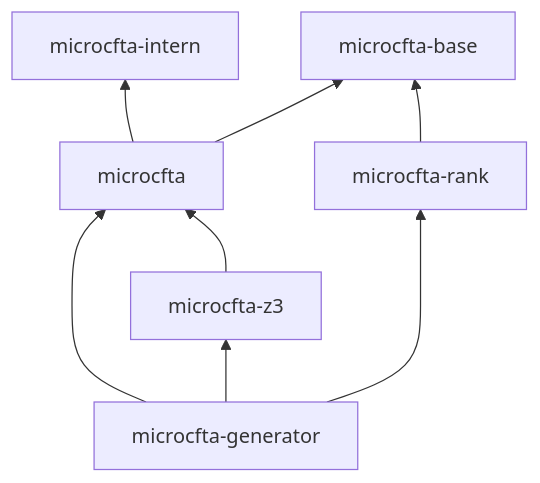
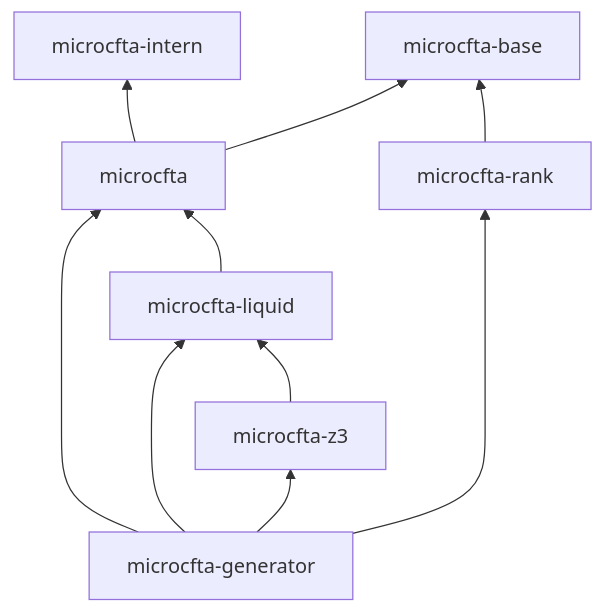
Before and after one commit to Tritlo/microecta: the diagram in README.md, drawn with Mermaid. The commit also changed other lines of this file and 33 other files, not shown here.

First line of the commit message:
Move the refinement layer into microcfta-liquid

````diff
--- a/README.md
+++ b/README.md
@@ -14,10 +15,12 @@
 ```mermaid
 flowchart BT
   g["microcfta-generator"] --> c["microcfta"]
   g --> r["microcfta-rank"]
+  g --> l["microcfta-liquid"]
   g --> z["microcfta-z3"]
-  z --> c
+  z --> l
+  l --> c
   c --> i["microcfta-intern"]
   c --> b["microcfta-base"]
   r --> b
 ```
````
